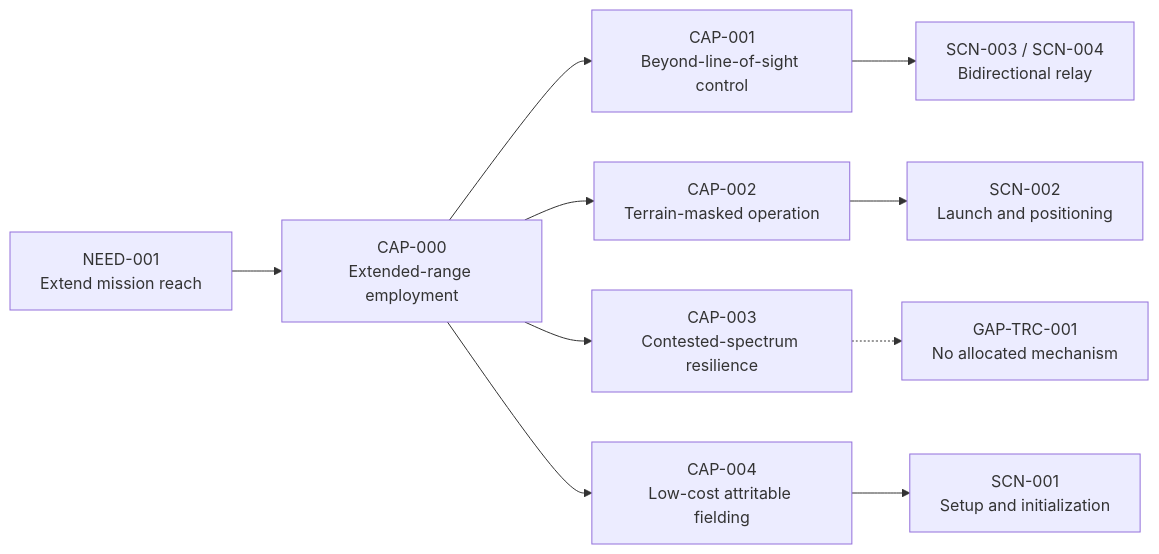
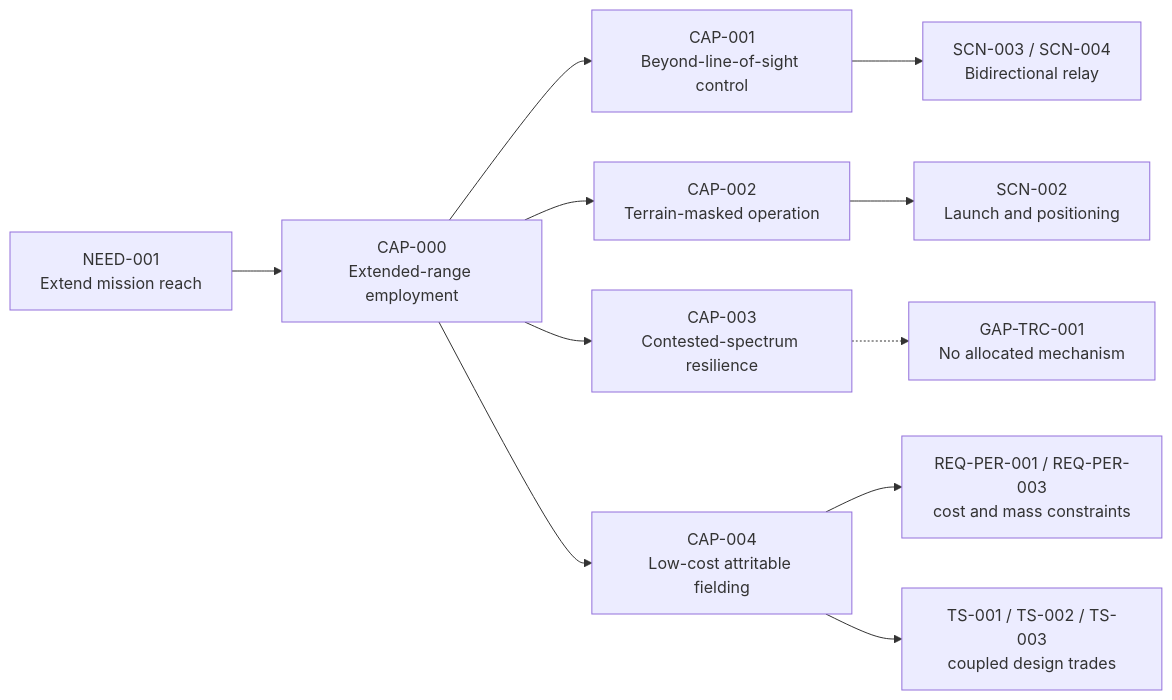
Before and after one commit to noahstephenson/low-cost-relay-uas: the third of 12 diagrams in architecture.md, drawn with Mermaid. The commit also changed other lines of this file and 12 other files, not shown here.

Commit message:
Mature relay UAS candidate architecture

````diff
--- a/architecture.md
+++ b/architecture.md
@@ -90,13 +92,14 @@
 ```mermaid
 flowchart LR
     %% Configuration scope: CFG-REP / CFG-DOM current - CFG-SOS future scenarios
     NEED_001["NEED-001<br/>Extend mission reach"] --> CAP_000["CAP-000<br/>Extended-range employment"]
     CAP_000 --> CAP_001["CAP-001<br/>Beyond-line-of-sight control"]
     CAP_000 --> CAP_002["CAP-002<br/>Terrain-masked operation"]
     CAP_000 --> CAP_003["CAP-003<br/>Contested-spectrum resilience"]
     CAP_000 --> CAP_004["CAP-004<br/>Low-cost attritable fielding"]
     CAP_001 --> SCN_003["SCN-003 / SCN-004<br/>Bidirectional relay"]
     CAP_002 --> SCN_002["SCN-002<br/>Launch and positioning"]
-    CAP_004 --> SCN_001["SCN-001<br/>Setup and initialization"]
+    CAP_004 --> COST_MASS["REQ-PER-001 / REQ-PER-003<br/>cost and mass constraints"]
+    CAP_004 --> COUPLED["TS-001 / TS-002 / TS-003<br/>coupled design trades"]
     CAP_003 -.-> GAP_TRC_001["GAP-TRC-001<br/>No allocated mechanism"]
 ```
````
